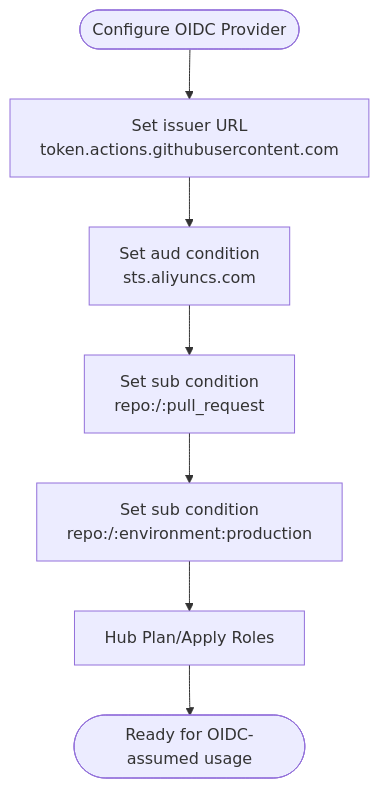
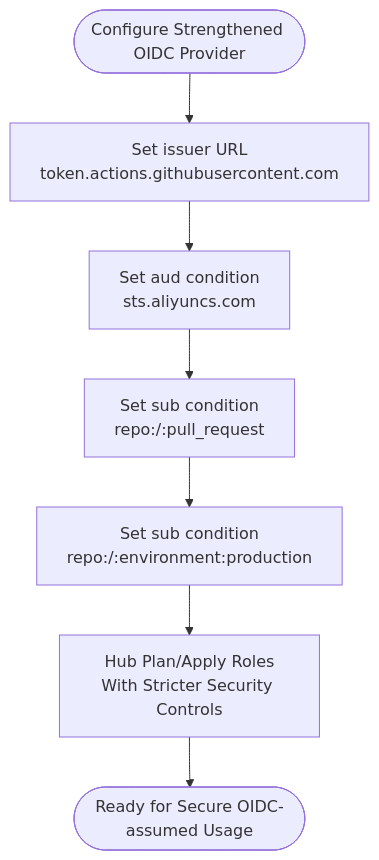
Before and after one commit to AlibabaCloudLandingZone/alibabacloud-landingzone-accelerator-github-demo: the fourth of 9 diagrams in .qoder/repowiki/en/content/Bootstrap Infrastructure/CI_CD Foundation.md, drawn with Mermaid. The commit also changed other lines of this file and 110 other files, not shown here.

First line of the commit message:
feat(ci_cd): enhance security with comprehensive validation and least-privilege roles

````diff
--- a/.qoder/repowiki/en/content/Bootstrap Infrastructure/CI_CD Foundation.md
+++ b/.qoder/repowiki/en/content/Bootstrap Infrastructure/CI_CD Foundation.md
@@ -204,9 +206,9 @@
 ```mermaid
 flowchart TD
-Start(["Configure OIDC Provider"]) --> Issuer["Set issuer URL<br/>token.actions.githubusercontent.com"]
+Start(["Configure Strengthened OIDC Provider"]) --> Issuer["Set issuer URL<br/>token.actions.githubusercontent.com"]
 Issuer --> Audience["Set aud condition<br/>sts.aliyuncs.com"]
 Audience --> Repo["Set sub condition<br/>repo:<org>/<repo>:pull_request"]
 Repo --> Prod["Set sub condition<br/>repo:<org>/<repo>:environment:production"]
-Prod --> Roles["Hub Plan/Apply Roles"]
-Roles --> End(["Ready for OIDC-assumed usage"])
+Prod --> Roles["Hub Plan/Apply Roles<br/>With Stricter Security Controls"]
+Roles --> End(["Ready for Secure OIDC-assumed Usage"])
 ```
````
